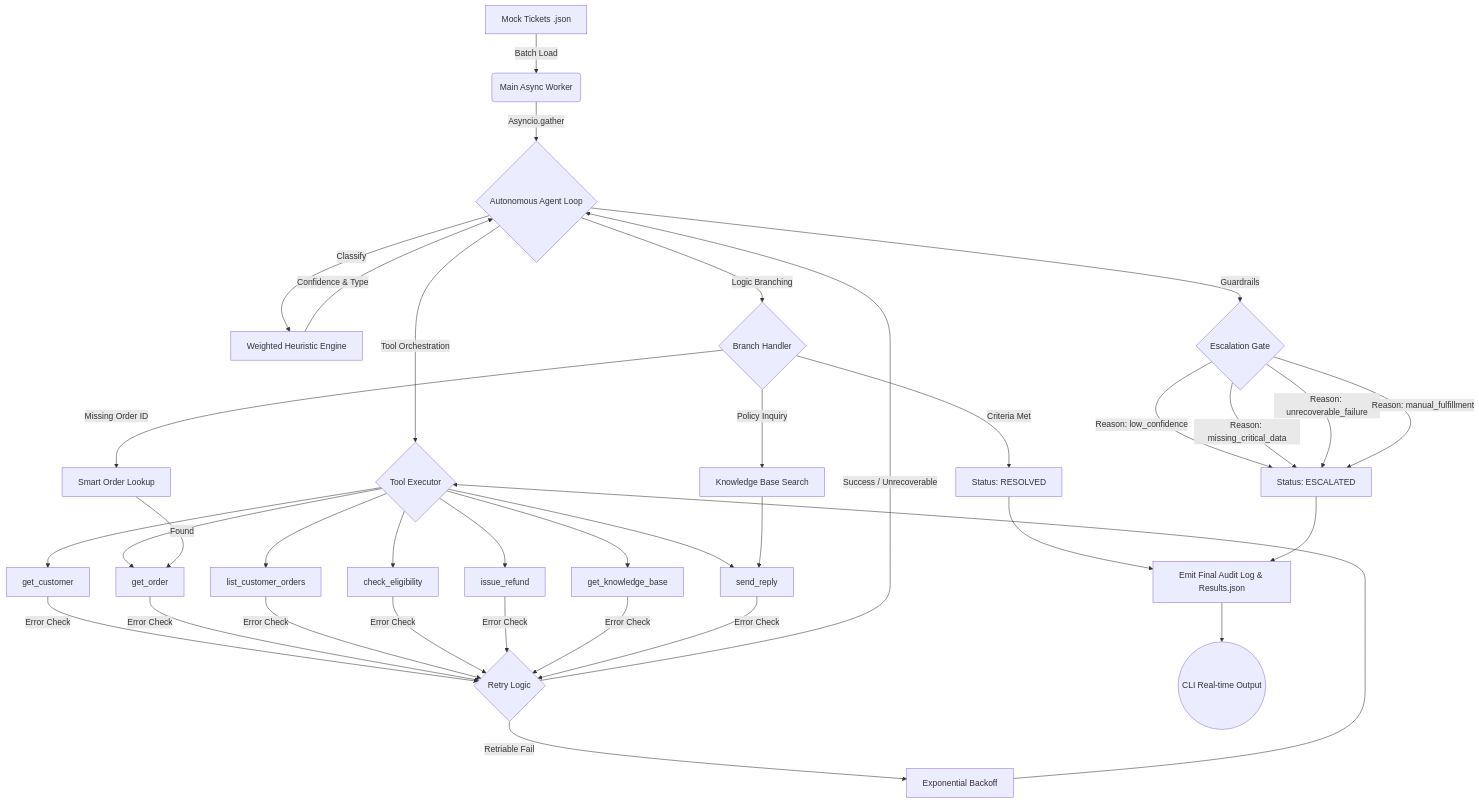
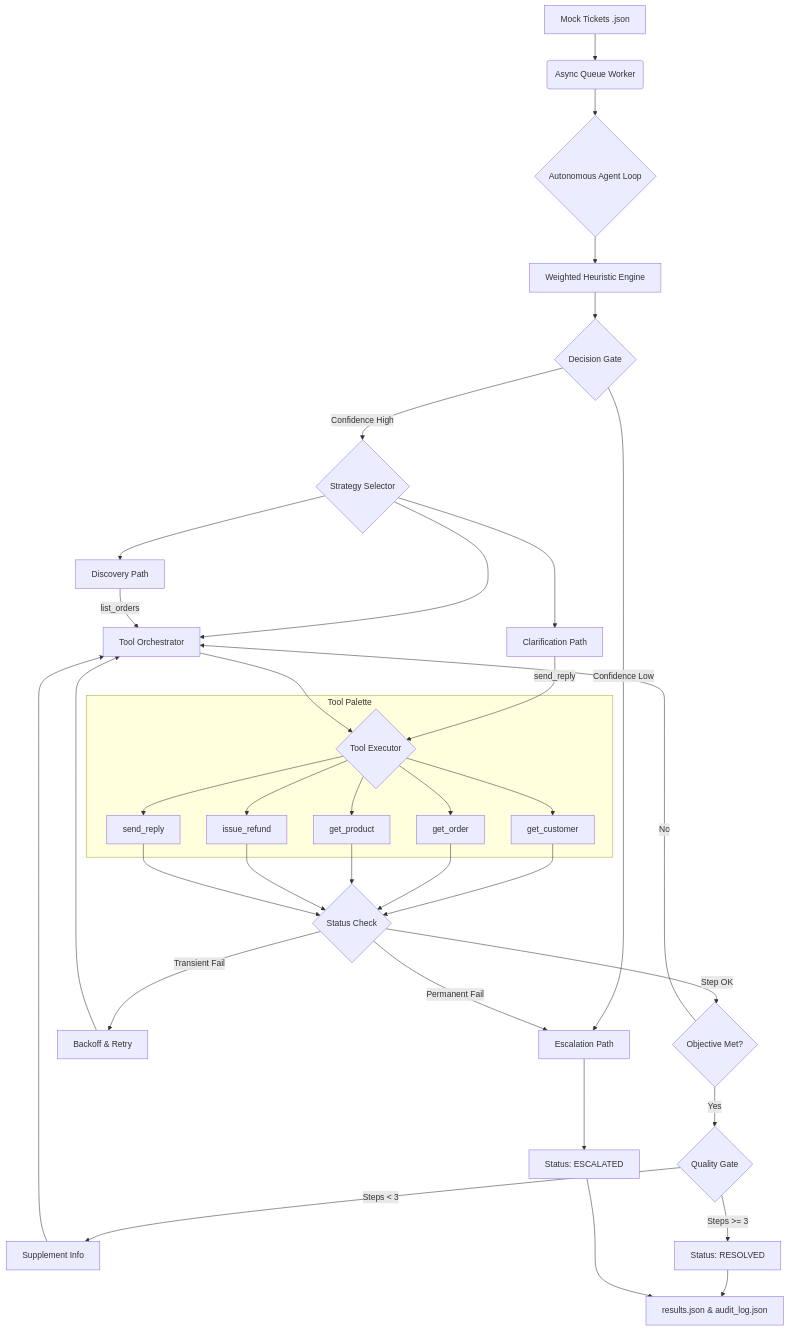
Before and after one commit to Chandra142/hackathon2026-Ram-Chandra-Gupta: the diagram in architecture_diagram.md, drawn with Mermaid. The commit also changed other lines of this file, not shown here.

Commit message:
fixed architecture diagram

````diff
--- a/architecture_diagram.md
+++ b/architecture_diagram.md
@@ -3,38 +3,45 @@
 ```mermaid
 graph TD
-    A[Mock Tickets .json] -->|Batch Load| B(Main Async Worker)
-    B -->|Asyncio.gather| C{Autonomous Agent Loop}
+    A[Mock Tickets .json] --> B(Async Queue Worker)
+    B --> C{Autonomous Agent Loop}
     
-    C -->|Classify| D[Weighted Heuristic Engine]
-    D -->|Confidence & Type| C
+    C --> D[Weighted Heuristic Engine]
+    D --> E{Decision Gate}
     
-    C -- Tool Orchestration --> E{Tool Executor}
-    E --> F[get_customer]
-    E --> G[get_order]
-    E --> H[list_customer_orders]
-    E --> I[check_eligibility]
-    E --> J[issue_refund]
-    E --> K[get_knowledge_base]
-    E --> L[send_reply]
+    E -->|Confidence Low| S[Escalation Path]
+    E -->|Confidence High| F{Strategy Selector}
     
-    F & G & H & I & J & K & L -->|Error Check| M{Retry Logic}
-    M -->|Retriable Fail| N[Exponential Backoff]
-    N --> E
-    M -->|Success / Unrecoverable| C
+    F --> G[Tool Orchestrator]
+    F --> H[Clarification Path]
+    H -->|send_reply| J
+    F --> I[Discovery Path]
+    I -->|list_orders| G
+
+    G --> J{Tool Executor}
+    subgraph Tool_Palette [Tool Palette]
+        J --> T1[get_customer]
+        J --> T2[get_order]
+        J --> T3[get_product]
+        J --> T4[issue_refund]
+        J --> T5[send_reply]
+    end
+
+    T1 & T2 & T3 & T4 & T5 --> K{Status Check}
     
-    C -- Logic Branching --> O{Branch Handler}
-    O -->|Missing Order ID| P[Smart Order Lookup]
-    P -->|Found| G
-    O -->|Policy Inquiry| Q[Knowledge Base Search]
-    Q --> L
-    O -->|Criteria Met| R[Status: RESOLVED]
+    K -->|Transient Fail| L[Backoff & Retry]
+    L --> G
     
-    C -- Guardrails --> S{Escalation Gate}
-    S -->|Reason: low_confidence| T[Status: ESCALATED]
-    S -->|Reason: missing_critical_data| T
-    S -->|Reason: unrecoverable_failure| T
-    S -->|Reason: manual_fulfillment| T
+    K -->|Permanent Fail| S
     
-    R & T --> U[Emit Final Audit Log & Results.json]
-    U --> V((CLI Real-time Output))
+    K -->|Step OK| M{Objective Met?}
+    M -->|No| G
+    M -->|Yes| N{Quality Gate}
+    
+    N -->|Steps < 3| O[Supplement Info]
+    O --> G
+    N -->|Steps >= 3| P[Status: RESOLVED]
+    
+    S --> Q[Status: ESCALATED]
+    
+    P & Q --> R[results.json & audit_log.json]
 ```
````
